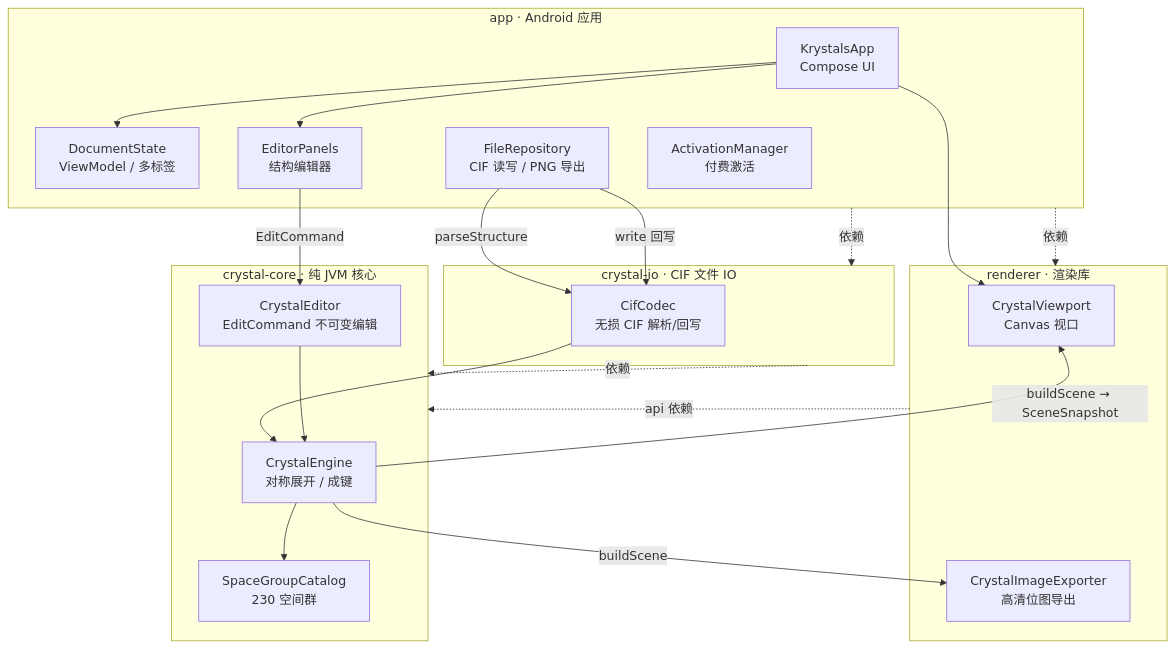
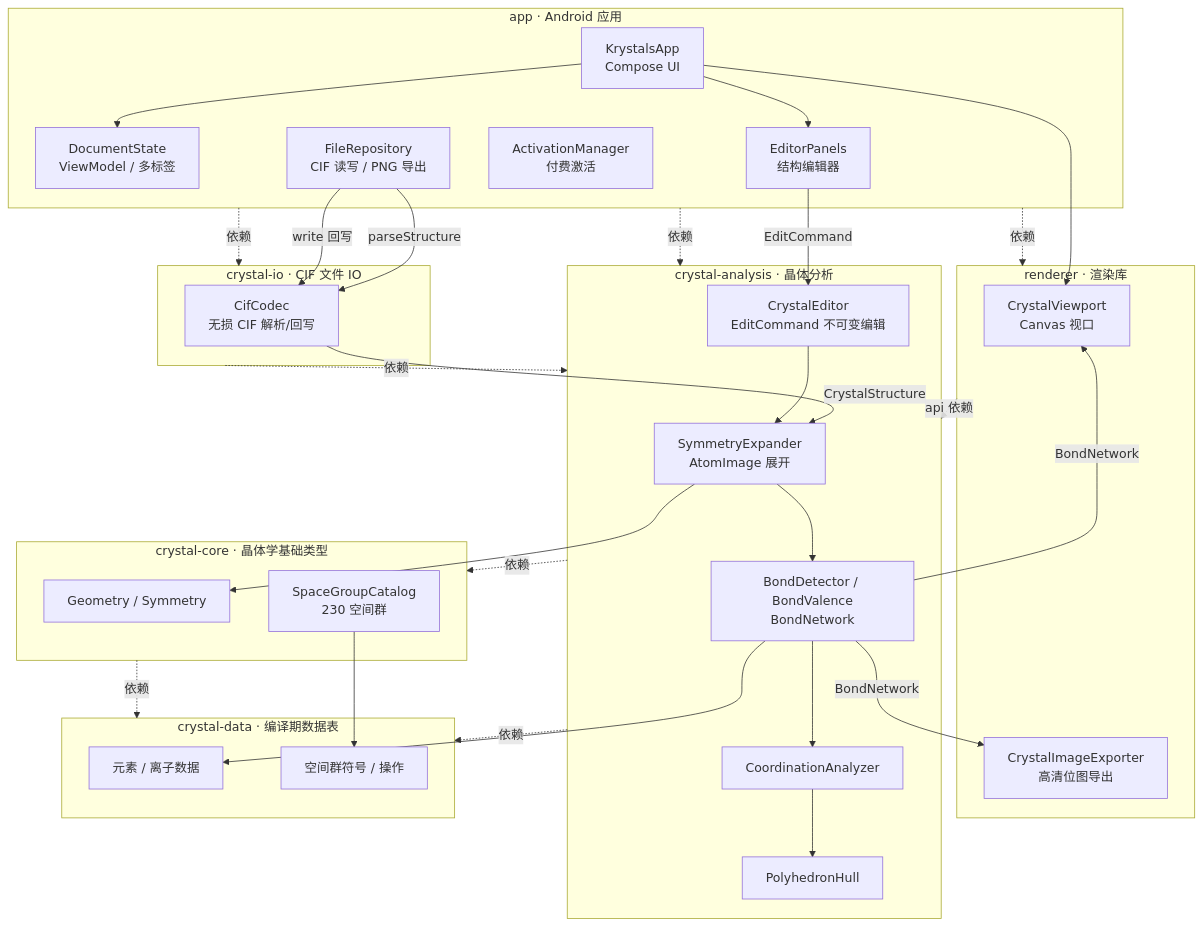
Before and after one commit to SUPERkelesss/Krystals: the diagram in README_cn.md, drawn with Mermaid. The commit also changed 59 other files, not shown here.

Commit message:
refactor: extract crystal analysis and data layers

````diff
--- a/README_cn.md
+++ b/README_cn.md
@@ -53,39 +53,58 @@
 ```mermaid
 flowchart TB
     subgraph app["app · Android 应用"]
         UI["KrystalsApp<br/>Compose UI"]
         VM["DocumentState<br/>ViewModel / 多标签"]
         Edit["EditorPanels<br/>结构编辑器"]
         Repo["FileRepository<br/>CIF 读写 / PNG 导出"]
         Act["ActivationManager<br/>付费激活"]
     end
     subgraph renderer["renderer · 渲染库"]
         VP["CrystalViewport<br/>Canvas 视口"]
         Exp["CrystalImageExporter<br/>高清位图导出"]
     end
     subgraph io["crystal-io · CIF 文件 IO"]
         Codec["CifCodec<br/>无损 CIF 解析/回写"]
     end
-    subgraph core["crystal-core · 纯 JVM 核心"]
-        Engine["CrystalEngine<br/>对称展开 / 成键"]
+    subgraph analysis["crystal-analysis · 晶体分析"]
+        Symmetry["SymmetryExpander<br/>AtomImage 展开"]
+        Bonds["BondDetector / BondValence<br/>BondNetwork"]
+        Coordination["CoordinationAnalyzer"]
+        Hull["PolyhedronHull"]
         Editor["CrystalEditor<br/>EditCommand 不可变编辑"]
+    end
+    subgraph core["crystal-core · 晶体学基础类型"]
+        Geometry["Geometry / Symmetry"]
         SG["SpaceGroupCatalog<br/>230 空间群"]
+    end
+    subgraph data["crystal-data · 编译期数据表"]
+        Elements["元素 / 离子数据"]
+        SpaceGroups["空间群符号 / 操作"]
     end
 
     UI --> VP
     UI --> Edit
     UI --> VM
     Repo -->|"parseStructure"| Codec
-    Codec --> Engine
+    Codec -->|"CrystalStructure"| Symmetry
     Edit -->|"EditCommand"| Editor
-    Editor --> Engine
-    Engine -->|"buildScene → SceneSnapshot"| VP
-    Engine -->|"buildScene"| Exp
+    Editor --> Symmetry
+    Symmetry --> Bonds
+    Bonds -->|"BondNetwork"| VP
+    Bonds -->|"BondNetwork"| Exp
+    Bonds --> Coordination
+    Coordination --> Hull
     Repo -->|"write 回写"| Codec
-    Engine --> SG
+    Symmetry --> Geometry
+    SG --> SpaceGroups
+    Bonds --> Elements
 
     app -.->|依赖| renderer
-    renderer -.->|api 依赖| core
-    io -.->|依赖| core
+    app -.->|依赖| analysis
     app -.->|依赖| io
+    renderer -.->|api 依赖| analysis
+    io -.->|依赖| analysis
+    analysis -.->|依赖| core
+    analysis -.->|依赖| data
+    core -.->|依赖| data
 ```
````
